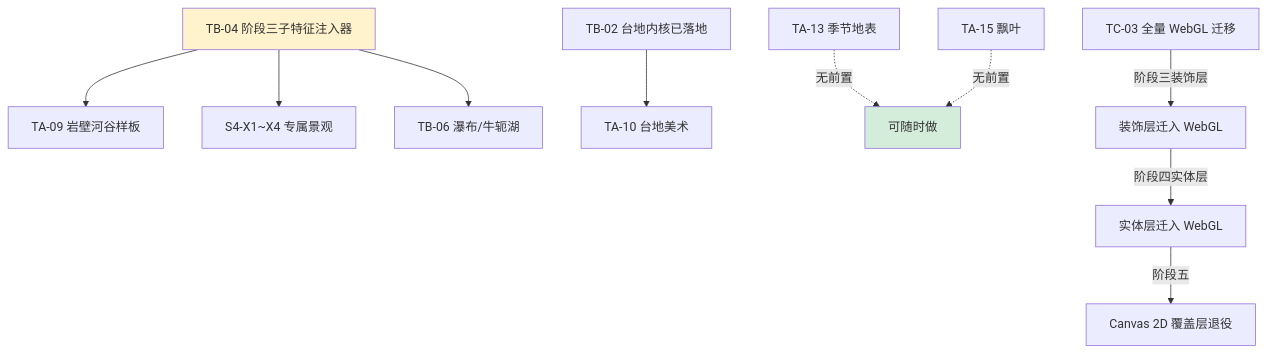
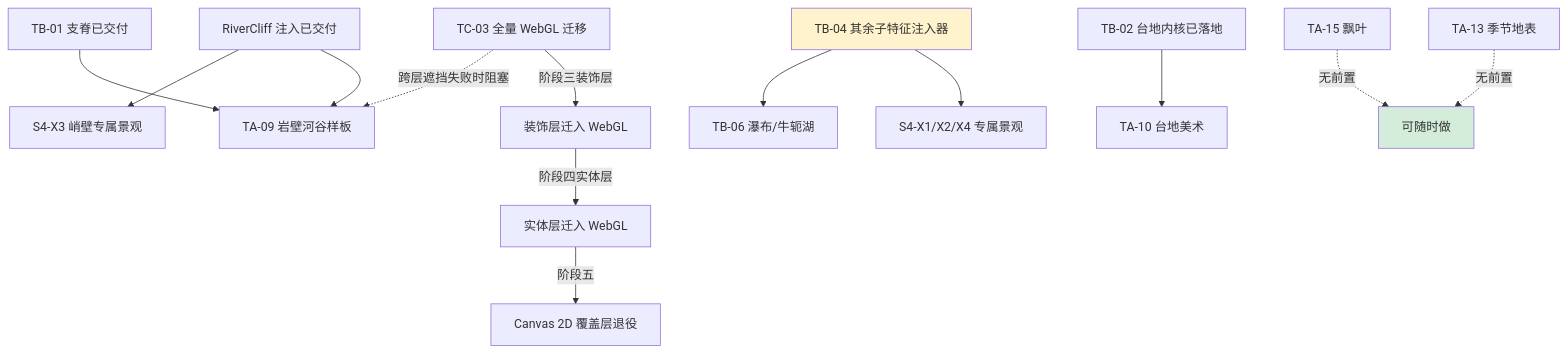
One commit to g39088902/FlowAndAccord changed the second of 2 diagrams in docs/plan/tech/07-terrain-art.md. Above: the diagram before and after it, drawn with Mermaid. The commit also changed other lines of this file and 3 other files, not shown here.

````diff
--- a/docs/plan/tech/07-terrain-art.md
+++ b/docs/plan/tech/07-terrain-art.md
@@ -73,14 +73,17 @@
 ```mermaid
 graph TD
-    TB04[TB-04 阶段三子特征注入器] --> TA09[TA-09 岩壁河谷样板]
-    TB04 --> S4X[S4-X1~X4 专属景观]
+    RC[RiverCliff 注入已交付] --> TA09[TA-09 岩壁河谷样板]
+    TB01[TB-01 支脊已交付] --> TA09
+    RC --> S4X3[S4-X3 峭壁专属景观]
+    TB04[TB-04 其余子特征注入器] --> S4X[S4-X1/X2/X4 专属景观]
     TB04 --> TB06[TB-06 瀑布/牛轭湖]
     TB02[TB-02 台地内核已落地] --> TA10[TA-10 台地美术]
     TA13[TA-13 季节地表] -.无前置.-> NOW[可随时做]
     TA15[TA-15 飘叶] -.无前置.-> NOW
     TC03[TC-03 全量 WebGL 迁移] -->|阶段三装饰层| DECO[装饰层迁入 WebGL]
     DECO -->|阶段四实体层| ENT[实体层迁入 WebGL]
     ENT -->|阶段五| RETIRE[Canvas 2D 覆盖层退役]
+    TC03 -.跨层遮挡失败时阻塞.-> TA09
     style NOW fill:#d4edda
     style TB04 fill:#fff3cd
 ```
````
